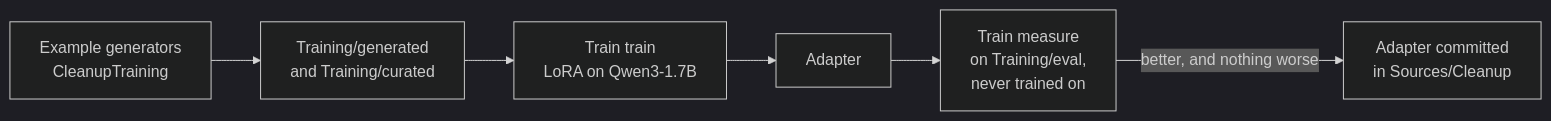
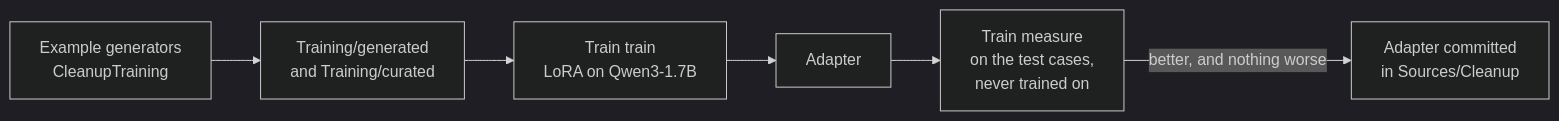
The ninth of 9 diagrams in docs/architecture.md (Nerdstorm/LiveTranscribe), drawn with Mermaid (dark theme) before and after one commit. The commit also changed other lines of this file and 1 other file, not shown here.

First line of the commit message:
Correct the architecture and releasing guides against the code

````diff
--- a/docs/architecture.md
+++ b/docs/architecture.md
@@ -319,8 +357,8 @@
 ```mermaid
 flowchart LR
     GEN["Example generators<br/>CleanupTraining"] --> DATA["Training/generated<br/>and Training/curated"]
     DATA --> TRAIN["Train train<br/>LoRA on Qwen3-1.7B"]
     TRAIN --> ADP["Adapter"]
-    ADP --> MEAS["Train measure<br/>on Training/eval,<br/>never trained on"]
+    ADP --> MEAS["Train measure<br/>on the test cases,<br/>never trained on"]
     MEAS -->|"better, and nothing worse"| SHIP["Adapter committed<br/>in Sources/Cleanup"]
 ```
````
